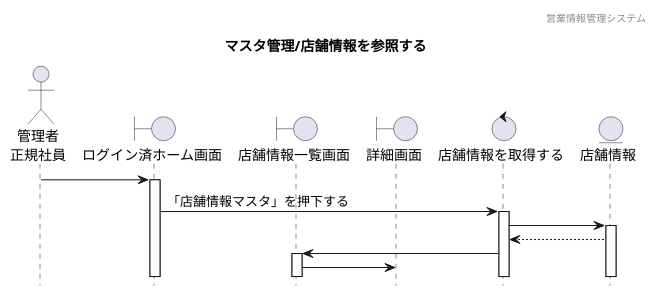
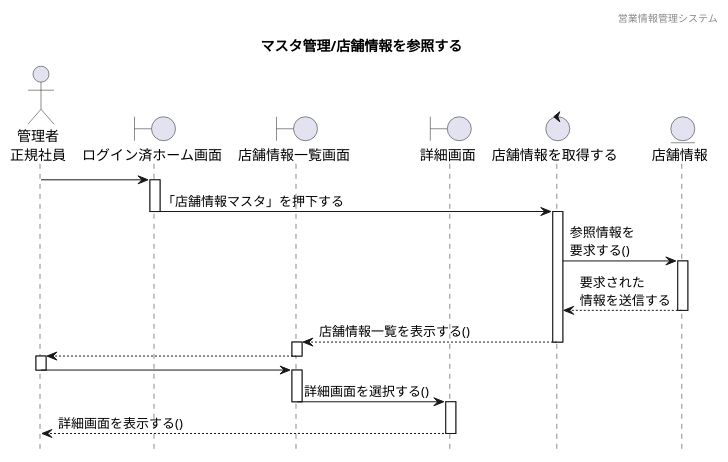
Before and after one commit to HaruShim/Sotuken: the diagram in 各種設計書/4シーケンス図/マスタ管理/店舗情報管理_参照.wsd, drawn with PlantUML.

```diff
--- a/各種設計書/4シーケンス図/マスタ管理/店舗情報管理_参照.wsd
+++ b/各種設計書/4シーケンス図/マスタ管理/店舗情報管理_参照.wsd
@@ -1,61 +1,58 @@
 @startuml sequence
 
 hide footbox
 header 営業情報管理システム
 title マスタ管理/店舗情報を参照する
 
 
 ' actor "" as
 actor "管理者\n正規社員" as a1
  
 
 ' boundary "" as
 boundary "ログイン済ホーム画面" as b1
 boundary "店舗情報一覧画面" as b2
 boundary "詳細画面" as b3
 
 ' control "" as 
 control "店舗情報を取得する" as c1
 
 ' entity "" as
 entity "店舗情報" as e1
 
+
 a1 -> b1
-activate b1
-
-b1 -> c1 : 「店舗情報マスタ」を押下する
-activate c1
-
-c1 -> e1
-activate e1
-e1 -->c1
 
 
-c1 -> b2
-activate b2
+activate b1 
+b1 -> c1 : 「店舗情報マスタ」を押下する
+deactivate b1
 
-b2 -> b3
+activate c1
+c1 -> e1 :参照情報を\n要求する()
 
 
-
-' opt 参照の店舗がない場合
-' c1 --> b1 : メッセージを表示する
-' b1 --> a1
-' deactivate b1
-' end
-
-' c1 -> e1 : 参照情報を\n要求する() 
-' activate e1
-' e1 --> c1 : 要求された\n情報を送信する
-' deactivate e1
-
-' alt 参照成功
-' c1 -> b2 : 参照情報を\n要求する() 
-' activate b2
-' b2 --> a1
-' deactivate b2
-' end
+activate e1
+e1 -->c1 :要求された\n情報を送信する
+deactivate e1
+c1 --> b2 :店舗情報一覧を表示する()
+deactivate c1
 
 
+activate b2
+b2 --> a1 
+deactivate b2
+
+activate a1
+a1 -> b2 
+deactivate a1
+
+activate b2
+b2 -> b3 :詳細画面を選択する()
+deactivate b2
+
+activate b3
+b3 --> a1 :詳細画面を表示する()
+deactivate b3
 
 @enduml
```
